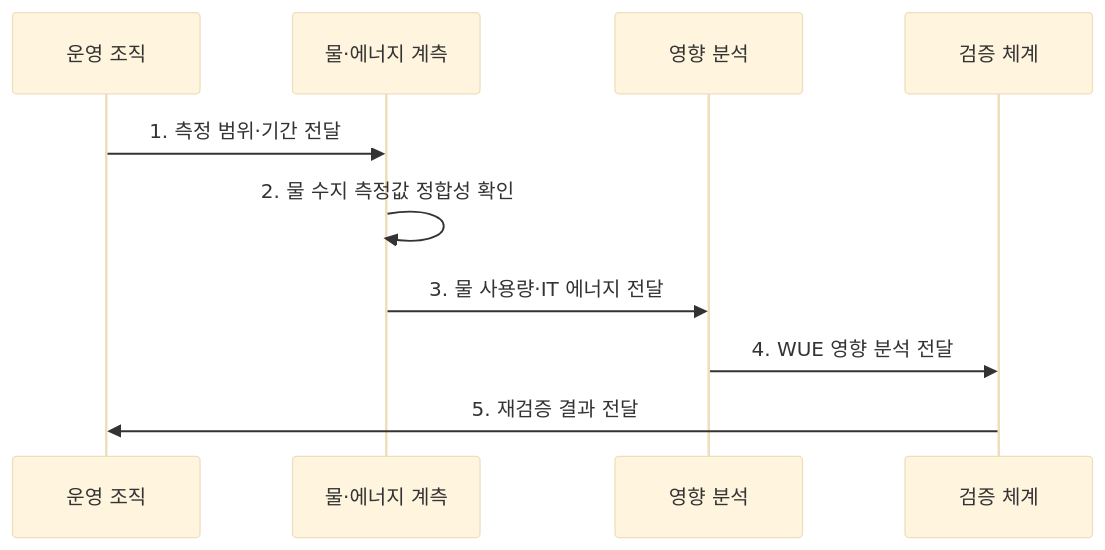
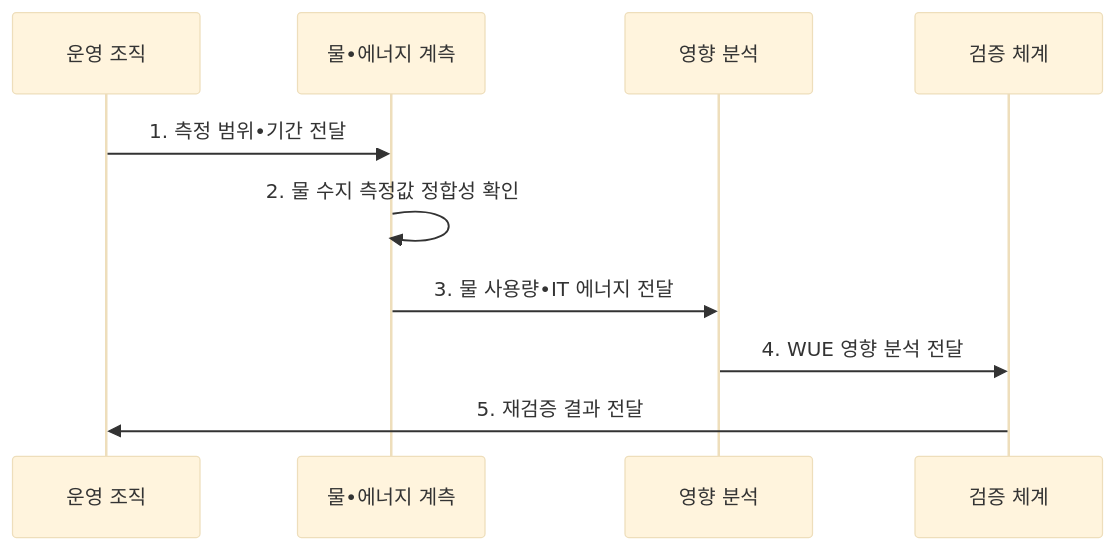
One commit to agnusdei1207/knowledge-base changed the second of 2 diagrams in src/content/docs/notes/08-latest-tech/199_water_usage_effectiveness.md. Above: the diagram before and after it, drawn with Mermaid (base theme). The commit also changed other lines of this file and 953 other files, not shown here.

````diff
--- a/src/content/docs/notes/08-latest-tech/199_water_usage_effectiveness.md
+++ b/src/content/docs/notes/08-latest-tech/199_water_usage_effectiveness.md
@@ -104,12 +104,12 @@
 ```mermaid
 sequenceDiagram
   participant O as 운영 조직
-    participant W as 물·에너지 계측
+    participant W as 물•에너지 계측
   participant A as 영향 분석
   participant V as 검증 체계
-  O->>W: 1. 측정 범위·기간 전달
+  O->>W: 1. 측정 범위•기간 전달
     W->>W: 2. 물 수지 측정값 정합성 확인
-    W->>A: 3. 물 사용량·IT 에너지 전달
+    W->>A: 3. 물 사용량•IT 에너지 전달
   A->>V: 4. WUE 영향 분석 전달
   V->>O: 5. 재검증 결과 전달
 ```
````
